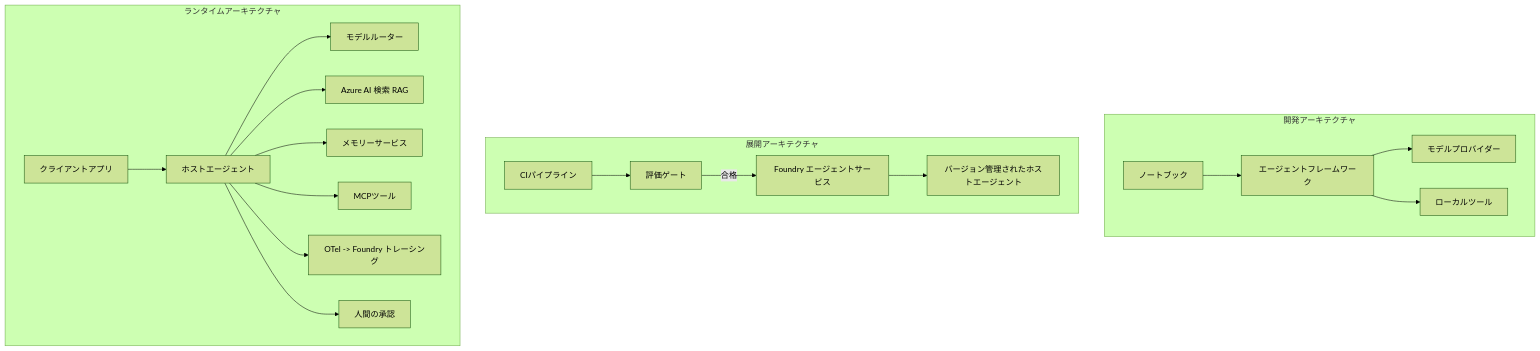
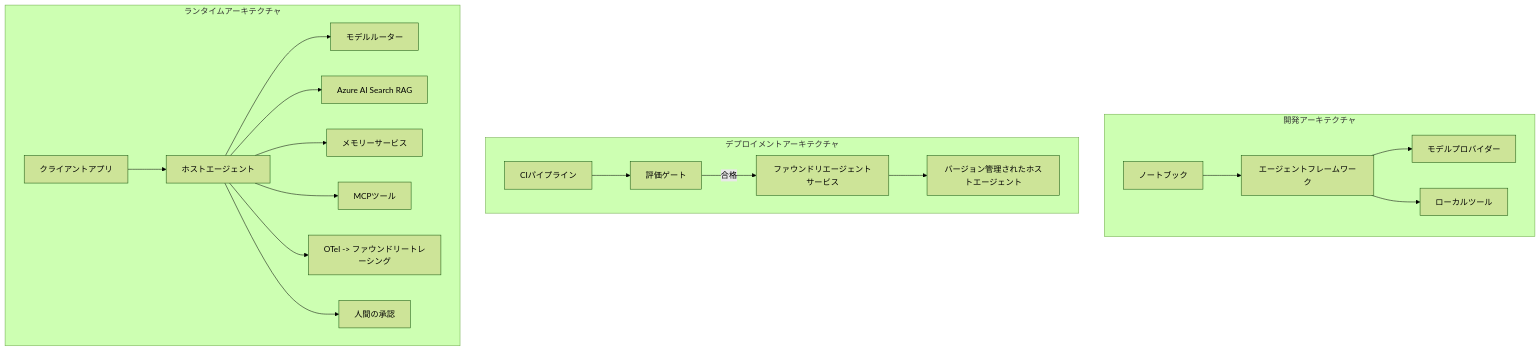
One commit to microsoft/ai-agents-for-beginners changed the fourth of 4 diagrams in translations/ja/16-deploying-scalable-agents/README.md. Above: the diagram before and after it, drawn with Mermaid (forest theme). The commit also changed other lines of this file and 46 other files, not shown here.

````diff
--- a/translations/ja/16-deploying-scalable-agents/README.md
+++ b/translations/ja/16-deploying-scalable-agents/README.md
@@ -185,22 +185,22 @@
 ```mermaid
 flowchart TB
     subgraph Dev[開発アーキテクチャ]
         D1[ノートブック] --> D2[エージェントフレームワーク]
         D2 --> D3[モデルプロバイダー]
         D2 --> D4[ローカルツール]
     end
-    subgraph Deploy[展開アーキテクチャ]
+    subgraph Deploy[デプロイメントアーキテクチャ]
         E1[CIパイプライン] --> E2[評価ゲート]
-        E2 -->|合格| E3[Foundry エージェントサービス]
+        E2 -->|合格| E3[ファウンドリエージェントサービス]
         E3 --> E4[バージョン管理されたホストエージェント]
     end
     subgraph Run[ランタイムアーキテクチャ]
         F1[クライアントアプリ] --> F2[ホストエージェント]
         F2 --> F3[モデルルーター]
-        F2 --> F4[Azure AI 検索 RAG]
+        F2 --> F4[Azure AI Search RAG]
         F2 --> F5[メモリーサービス]
         F2 --> F6[MCPツール]
-        F2 --> F7[OTel -> Foundry トレーシング]
+        F2 --> F7[OTel -> ファウンドリートレーシング]
         F2 --> F8[人間の承認]
     end
 ```
````
